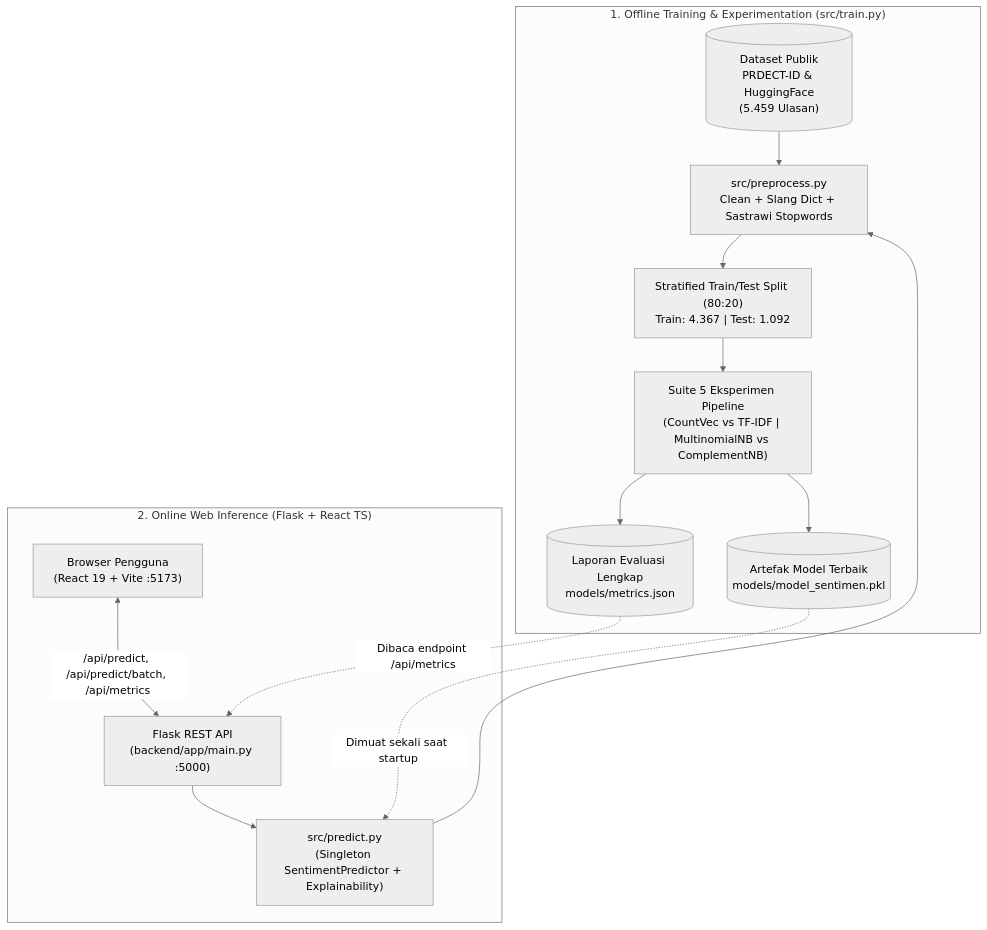
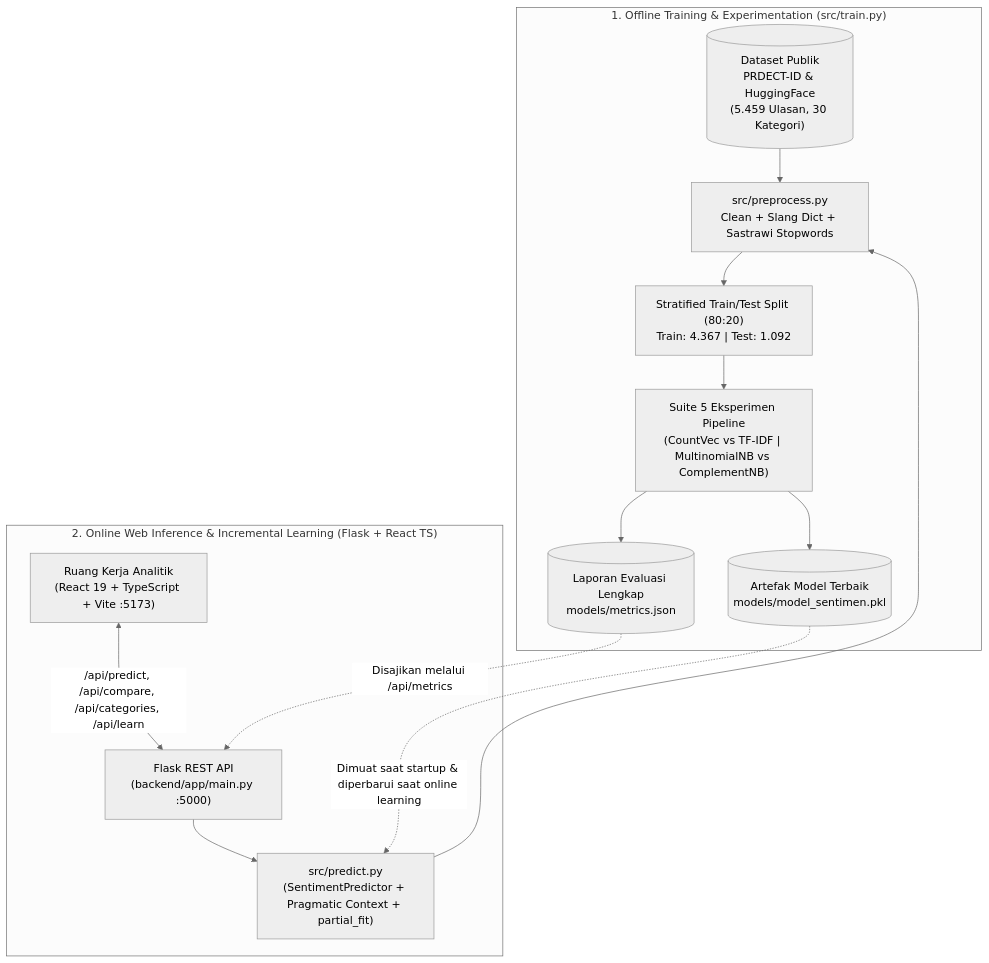
The diagram in README.md (Muhfaizr21/Klasifikasi-sentimen-ulasan-produk), drawn with Mermaid (neutral theme) before and after one commit. The commit also changed other lines of this file and 18 other files, not shown here.

Commit message:
feat: add dynamic 30-category corpus filtering, split-ledger product comparison, online learning, and live e-commerce stream

````diff
--- a/README.md
+++ b/README.md
@@ -85,18 +80,18 @@
 ```mermaid
 flowchart TB
     subgraph Offline["1. Offline Training & Experimentation (src/train.py)"]
-        A[("Dataset Publik\nPRDECT-ID & HuggingFace\n(5.459 Ulasan)")] --> B["src/preprocess.py\nClean + Slang Dict + Sastrawi Stopwords"]
+        A[("Dataset Publik\nPRDECT-ID & HuggingFace\n(5.459 Ulasan, 30 Kategori)")] --> B["src/preprocess.py\nClean + Slang Dict + Sastrawi Stopwords"]
         B --> C["Stratified Train/Test Split (80:20)\nTrain: 4.367 | Test: 1.092"]
         C --> D["Suite 5 Eksperimen Pipeline\n(CountVec vs TF-IDF | MultinomialNB vs ComplementNB)"]
         D --> E[("Artefak Model Terbaik\nmodels/model_sentimen.pkl")]
         D --> F[("Laporan Evaluasi Lengkap\nmodels/metrics.json")]
     end
 
-    subgraph Online["2. Online Web Inference (Flask + React TS)"]
-        U["Browser Pengguna\n(React 19 + Vite :5173)"] <-->|"/api/predict, /api/predict/batch, /api/metrics"| API["Flask REST API\n(backend/app/main.py :5000)"]
-        API --> P["src/predict.py\n(Singleton SentimentPredictor + Explainability)"]
+    subgraph Online["2. Online Web Inference & Incremental Learning (Flask + React TS)"]
+        U["Ruang Kerja Analitik\n(React 19 + TypeScript + Vite :5173)"] <-->|"/api/predict, /api/compare, /api/categories, /api/learn"| API["Flask REST API\n(backend/app/main.py :5000)"]
+        API --> P["src/predict.py\n(SentimentPredictor + Pragmatic Context + partial_fit)"]
         P --> B
-        E -.->|"Dimuat sekali saat startup"| P
-        F -.->|"Dibaca endpoint /api/metrics"| API
+        E -.->|"Dimuat saat startup & diperbarui saat online learning"| P
+        F -.->|"Disajikan melalui /api/metrics"| API
     end
 ```
````
